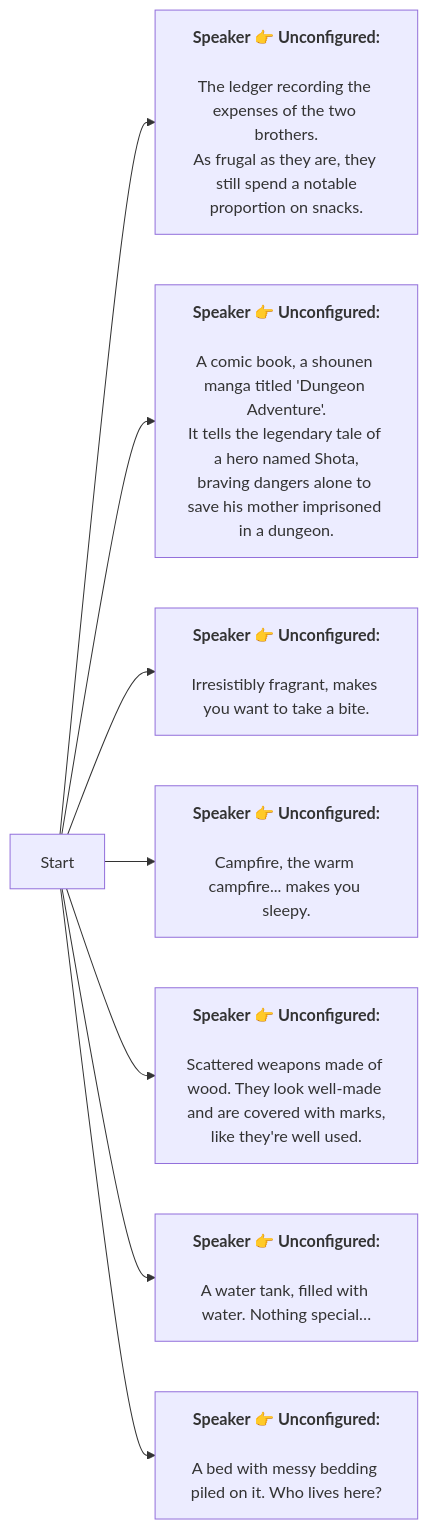
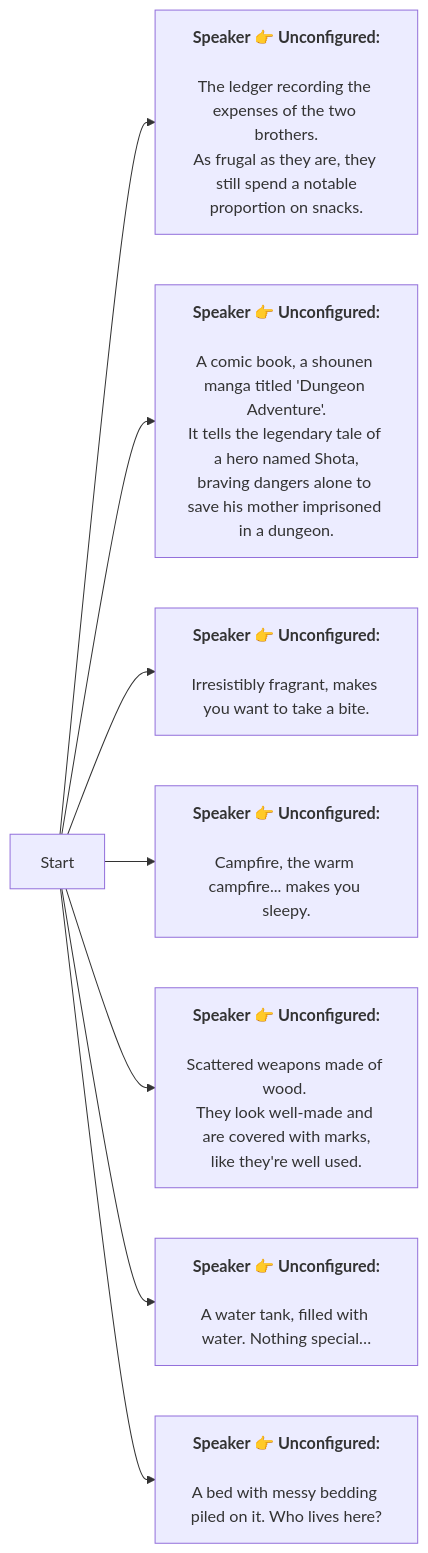
The diagram in En/SecretCageRead.md (SoftHu/tos_avg), drawn with Mermaid before and after one commit. The commit also changed 312 other files, not shown here.

````diff
--- a/En/SecretCageRead.md
+++ b/En/SecretCageRead.md
@@ -1,30 +1,31 @@
 ```mermaid
 graph LR
 Start -->1736575149749368[<b>Speaker 👉 Unconfigured:</b>
 
 The ledger recording the expenses of the two brothers.
 As frugal as they are, they still spend a notable
 proportion on snacks.]
 Start -->1736575171977338[<b>Speaker 👉 Unconfigured:</b>
 
 A comic book, a shounen manga titled 'Dungeon Adventure'.
 It tells the legendary tale of a hero named Shota,
 braving dangers alone to save his mother imprisoned in a dungeon.]
 Start -->1736575203604604[<b>Speaker 👉 Unconfigured:</b>
 
 Irresistibly fragrant, makes you want to take a bite.]
 Start -->1736575274041470[<b>Speaker 👉 Unconfigured:</b>
 
 Campfire, the warm campfire... makes you sleepy.]
 Start -->1736575296315520[<b>Speaker 👉 Unconfigured:</b>
 
-Scattered weapons made of wood. They look well-made and are covered with marks,
+Scattered weapons made of wood. 
+They look well-made and are covered with marks,
 like they're well used.]
 Start -->1736575338122370[<b>Speaker 👉 Unconfigured:</b>
 
 A water tank, filled with water. Nothing special…]
 Start -->1736575358526596[<b>Speaker 👉 Unconfigured:</b>
 
 A bed with messy bedding piled on it. Who lives here?]
 
  ```
````
